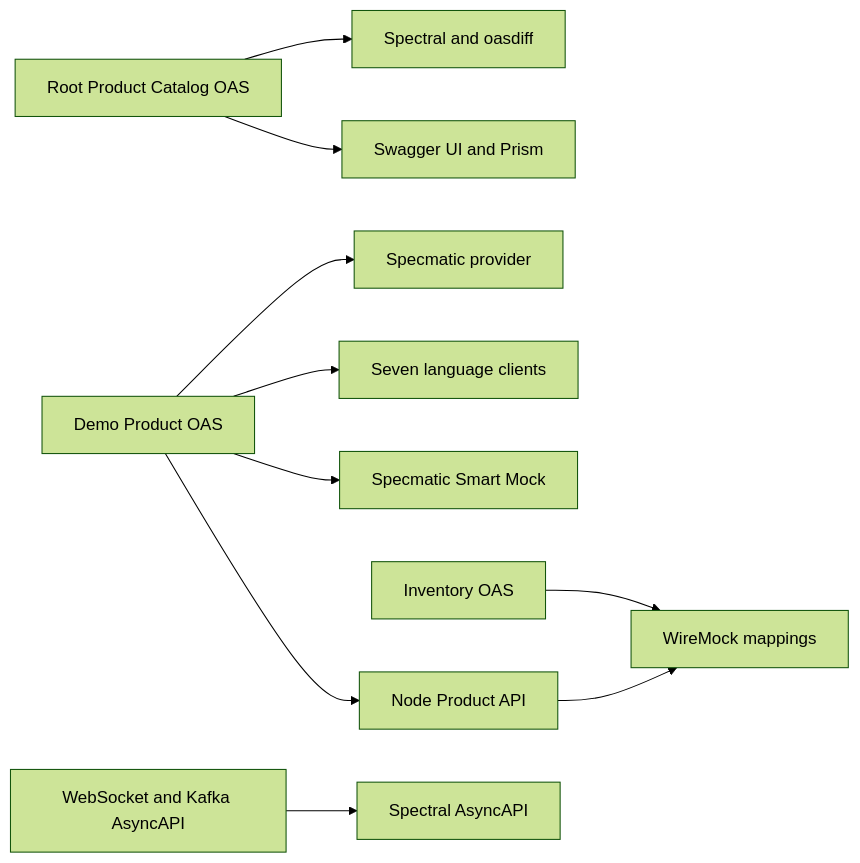
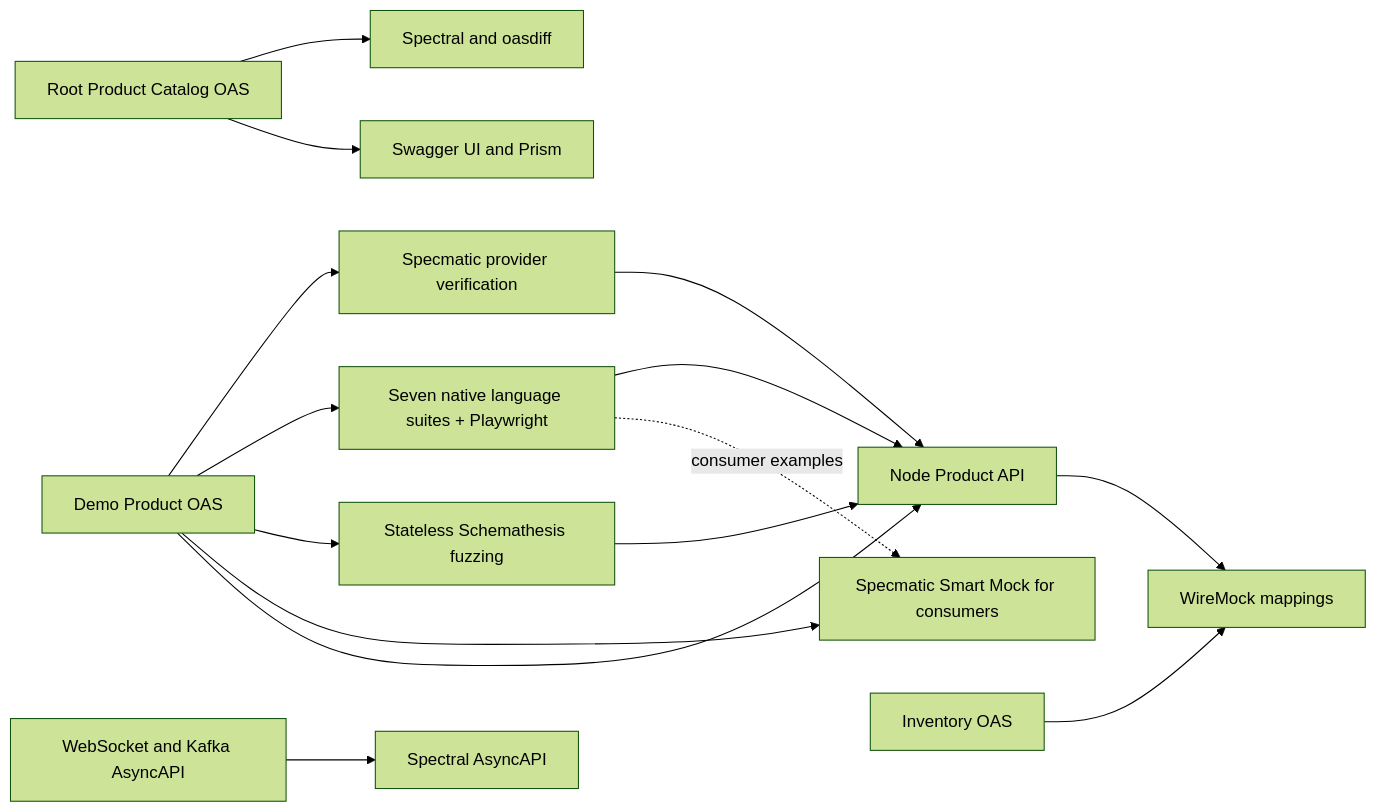
The diagram in README.md (shoman2020/oas-polycontract), drawn with Mermaid (forest theme) before and after one commit. The commit also changed other lines of this file and 69 other files, not shown here.

````diff
--- a/README.md
+++ b/README.md
@@ -30,12 +81,17 @@
 ```mermaid
 flowchart LR
   Root[Root Product Catalog OAS] --> RootGates[Spectral and oasdiff]
   Root --> Debug[Swagger UI and Prism]
-  Product[Demo Product OAS] --> Provider[Specmatic provider]
-  Product --> Clients[Seven language clients]
-  Product --> Mock[Specmatic Smart Mock]
+  Product[Demo Product OAS] --> Provider[Specmatic provider verification]
+  Product --> Clients[Seven native language suites + Playwright]
+  Product --> Fuzz[Stateless Schemathesis fuzzing]
+  Product --> Mock[Specmatic Smart Mock for consumers]
   Product --> App[Node Product API]
+  Provider --> App
+  Clients --> App
+  Clients -. consumer examples .-> Mock
+  Fuzz --> App
   Inventory[Inventory OAS] --> WireMock[WireMock mappings]
   App --> WireMock
   Events[WebSocket and Kafka AsyncAPI] --> EventLint[Spectral AsyncAPI]
 ```
````
